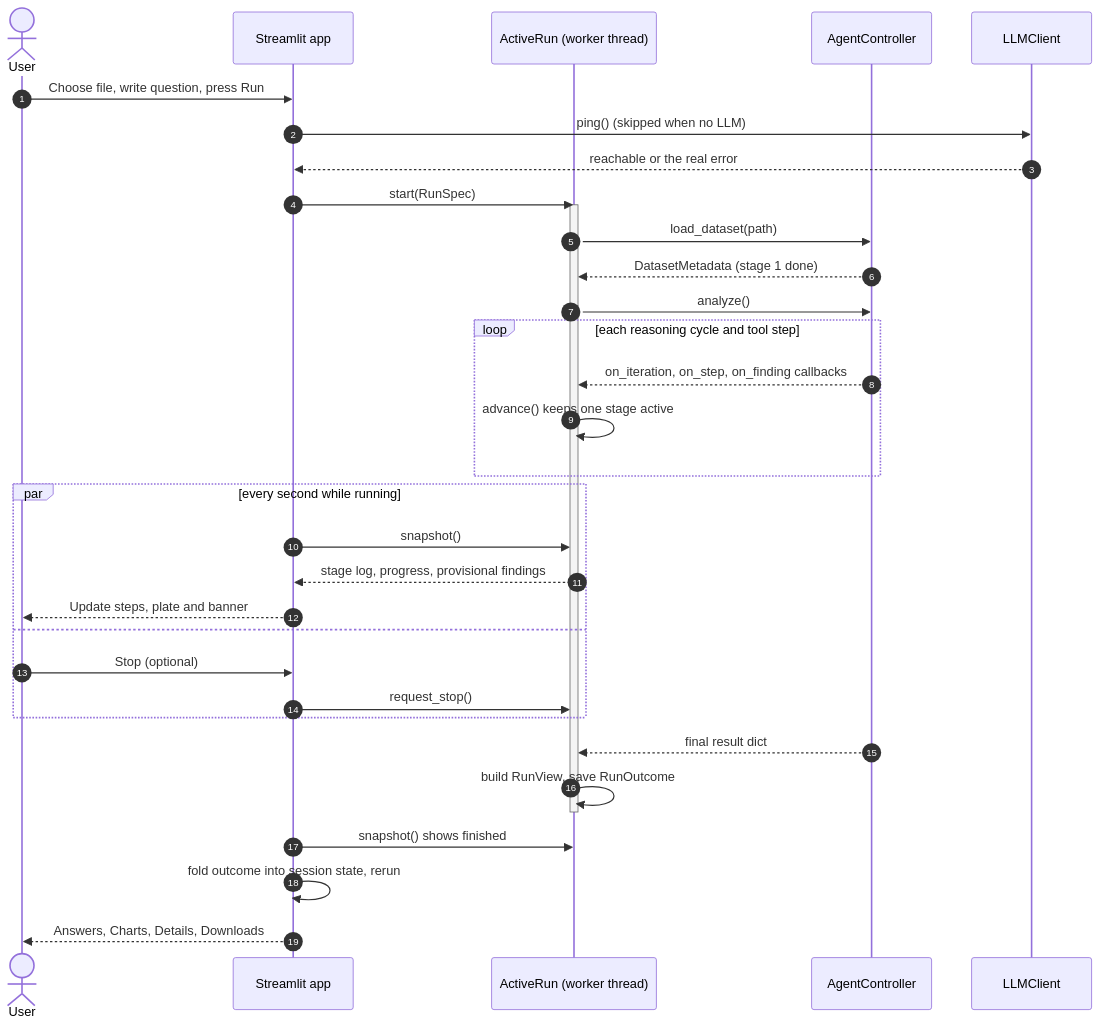
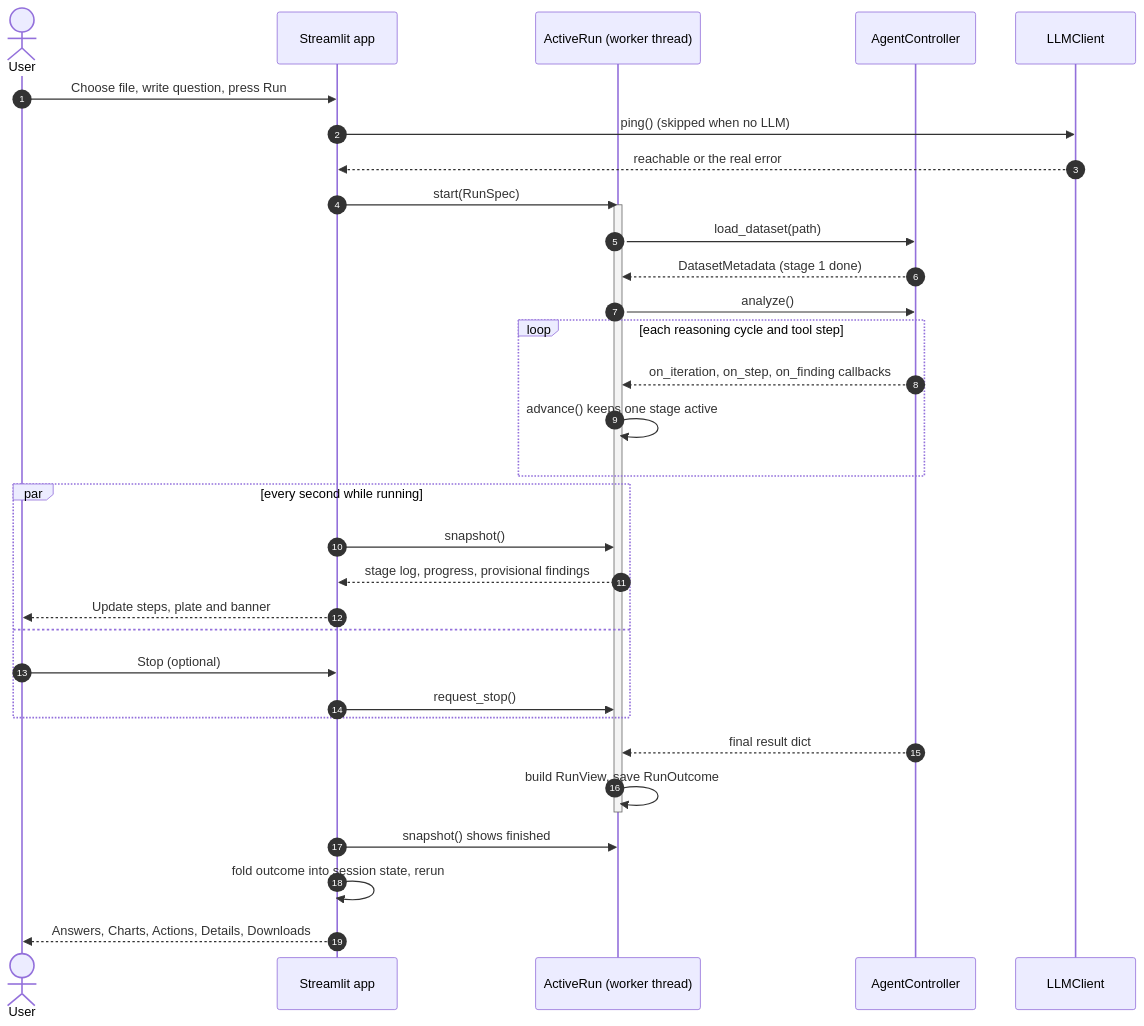
The fifth of 11 diagrams in README.md (shahdaksh050/Sorrel-project), drawn with Mermaid before and after one commit. The commit also changed other lines of this file, not shown here.

````diff
--- a/README.md
+++ b/README.md
@@ -316,36 +317,36 @@
 ```mermaid
 sequenceDiagram
     autonumber
     actor User
     participant App as Streamlit app
     participant Run as ActiveRun (worker thread)
     participant Ctrl as AgentController
     participant LLM as LLMClient
 
     User->>App: Choose file, write question, press Run
     App->>LLM: ping() (skipped when no LLM)
     LLM-->>App: reachable or the real error
     App->>Run: start(RunSpec)
     activate Run
     Run->>Ctrl: load_dataset(path)
     Ctrl-->>Run: DatasetMetadata (stage 1 done)
     Run->>Ctrl: analyze()
     loop each reasoning cycle and tool step
         Ctrl-->>Run: on_iteration, on_step, on_finding callbacks
         Run->>Run: advance() keeps one stage active
     end
     par every second while running
         App->>Run: snapshot()
         Run-->>App: stage log, progress, provisional findings
         App-->>User: Update steps, plate and banner
     and
         User->>App: Stop (optional)
         App->>Run: request_stop()
     end
     Ctrl-->>Run: final result dict
     Run->>Run: build RunView, save RunOutcome
     deactivate Run
     App->>Run: snapshot() shows finished
     App->>App: fold outcome into session state, rerun
-    App-->>User: Answers, Charts, Details, Downloads
+    App-->>User: Answers, Charts, Actions, Details, Downloads
 ```
````
